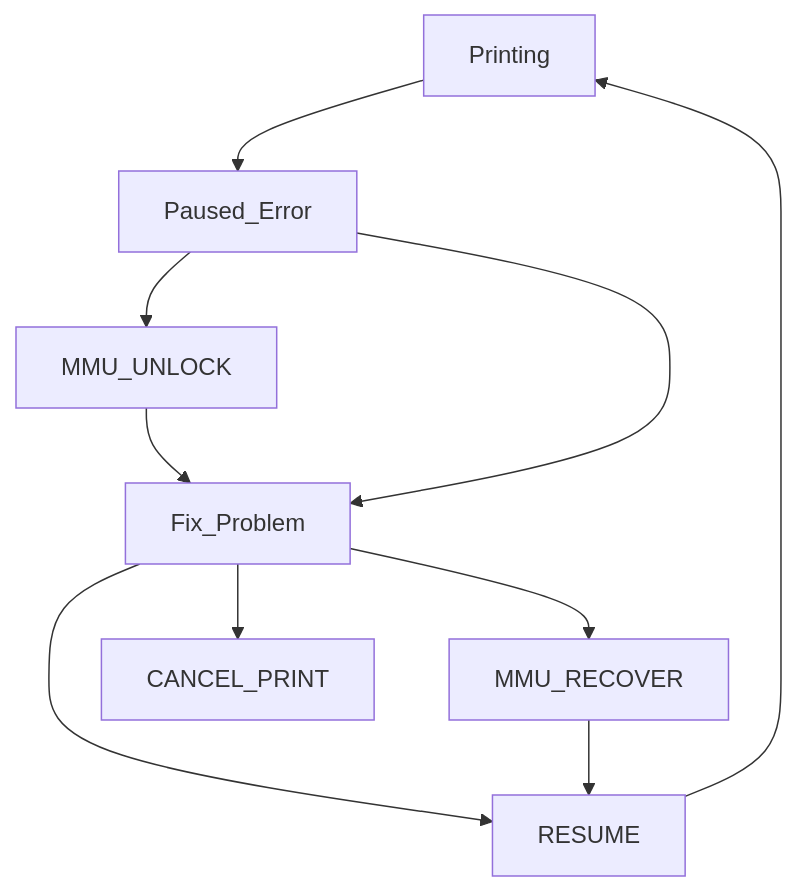
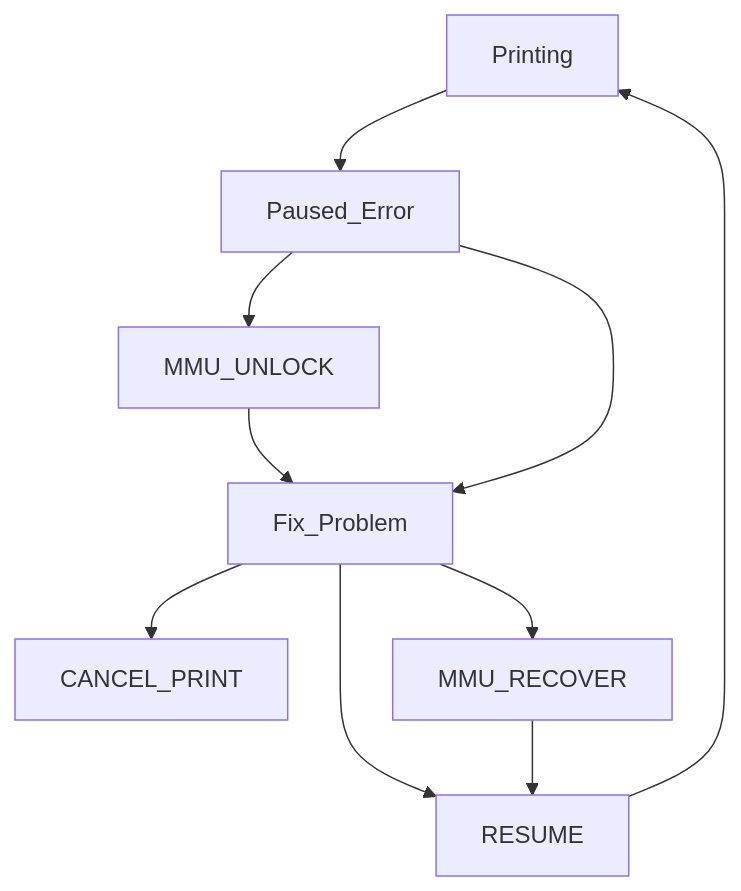
The second of 2 diagrams in Handling-Errors.md (3DCoded/Happy-Hare), drawn with Mermaid before and after one commit. The commit also changed other lines of this file, not shown here.

````diff
--- a/Handling-Errors.md
+++ b/Handling-Errors.md
@@ -39,12 +57,12 @@
 ```mermaid
     graph TD;
     Printing --> Paused_Error
     Paused_Error --> MMU_UNLOCK
     MMU_UNLOCK --> Fix_Problem
     Paused_Error --> Fix_Problem
+    Fix_Problem --> CANCEL_PRINT
     Fix_Problem --> RESUME
     Fix_Problem --> MMU_RECOVER
-    Fix_Problem --> CANCEL_PRINT
     MMU_RECOVER --> RESUME
     RESUME --> Printing
 ```
````
